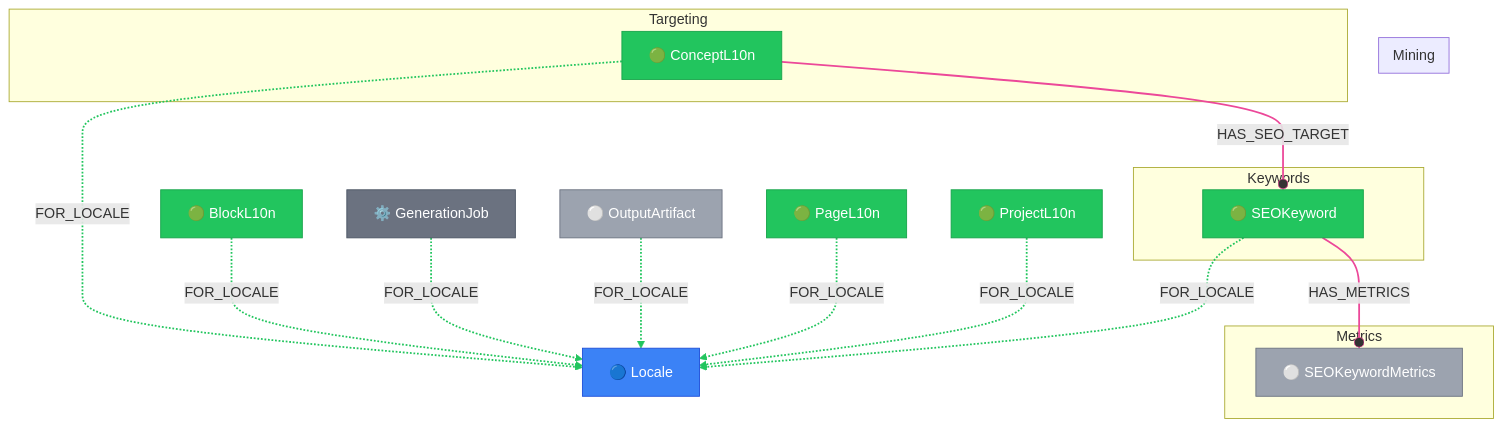
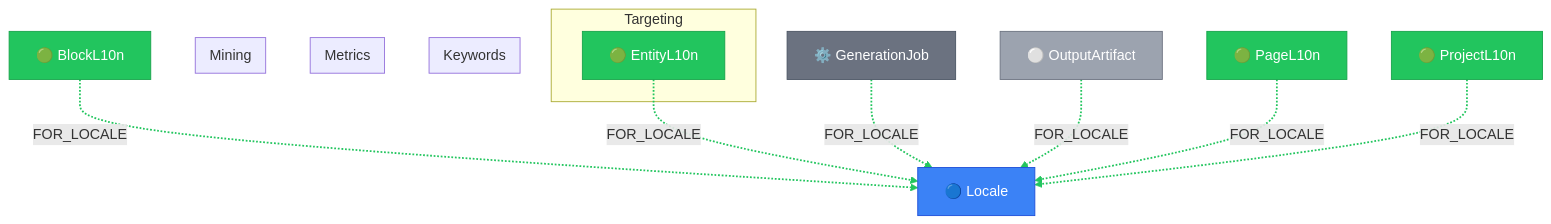
One commit to supernovae-st/novanet changed the diagram in packages/core/models/docs/seo-pipeline.md. Above: the diagram before and after it, drawn with Mermaid. The commit also changed other lines of this file and 42 other files, not shown here.

First line of the commit message:
refactor(core): complete v10.3 Entity-Centric Architecture cleanup

````diff
--- a/packages/core/models/docs/seo-pipeline.md
+++ b/packages/core/models/docs/seo-pipeline.md
@@ -31,61 +31,53 @@
 ```mermaid
 flowchart TB
   %% View: SEO Pipeline (seo-pipeline)
-  %% 9 nodes, 9 edges
+  %% 7 nodes, 6 edges
 
   %% Trait styling (node_trait)
   classDef invariant fill:#3b82f6,stroke:#1d4ed8,color:#fff
   classDef localized fill:#22c55e,stroke:#16a34a,color:#fff
   classDef knowledge fill:#8b5cf6,stroke:#7c3aed,color:#fff
   classDef derived fill:#9ca3af,stroke:#6b7280,color:#fff
   classDef job fill:#6b7280,stroke:#4b5563,color:#fff
 
   subgraph KEYWORDS["Keywords"]
-    SEOKeyword["🟢 SEOKeyword"]
   end
 
   subgraph METRICS["Metrics"]
-    SEOKeywordMetrics["⚪ SEOKeywordMetrics"]
   end
 
   subgraph MINING["Mining"]
   end
 
   subgraph TARGETING["Targeting"]
-    ConceptL10n["🟢 ConceptL10n"]
+    EntityL10n["🟢 EntityL10n"]
   end
 
   %% Additional reachable nodes
   BlockL10n["🟢 BlockL10n"]
   GenerationJob["⚙️ GenerationJob"]
   Locale["🔵 Locale"]
   OutputArtifact["⚪ OutputArtifact"]
   PageL10n["🟢 PageL10n"]
   ProjectL10n["🟢 ProjectL10n"]
 
   %% Relationships (styled by arc family)
   BlockL10n -.->|FOR_LOCALE| Locale
-  ConceptL10n -.->|FOR_LOCALE| Locale
-  ConceptL10n --o|HAS_SEO_TARGET| SEOKeyword
+  EntityL10n -.->|FOR_LOCALE| Locale
   GenerationJob -.->|FOR_LOCALE| Locale
   OutputArtifact -.->|FOR_LOCALE| Locale
   PageL10n -.->|FOR_LOCALE| Locale
   ProjectL10n -.->|FOR_LOCALE| Locale
-  SEOKeyword -.->|FOR_LOCALE| Locale
-  SEOKeyword --o|HAS_METRICS| SEOKeywordMetrics
 
   %% Edge colors by family
-  linkStyle 0,1,3,4,5,6,7 stroke:#22c55e,stroke-width:2px
-  linkStyle 2,8 stroke:#ec4899,stroke-width:2px
+  linkStyle 0,1,2,3,4,5 stroke:#22c55e,stroke-width:2px
 
   %% Class assignments
   class BlockL10n localized
-  class ConceptL10n localized
+  class EntityL10n localized
   class GenerationJob job
   class Locale invariant
   class OutputArtifact derived
   class PageL10n localized
   class ProjectL10n localized
-  class SEOKeyword localized
-  class SEOKeywordMetrics derived
 ```
````
